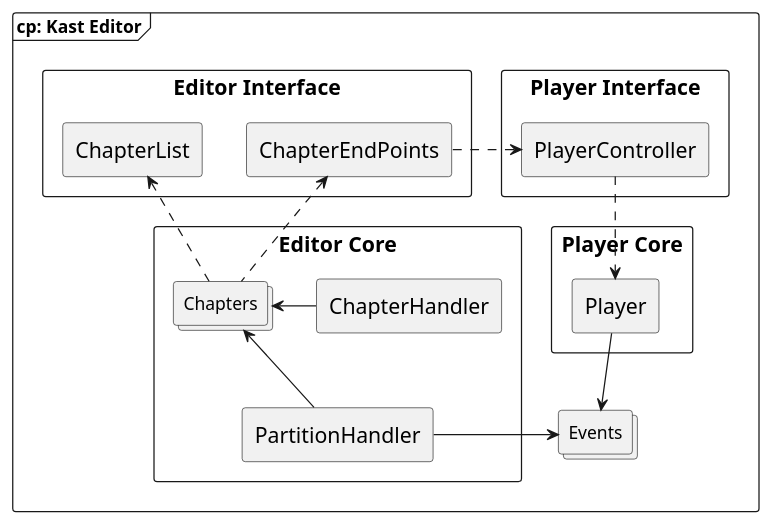
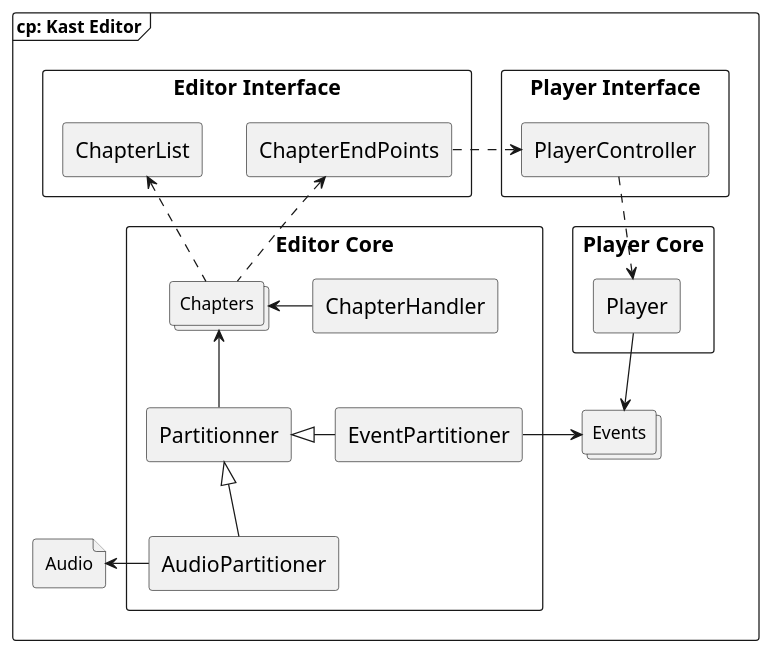
Before and after one commit to SSMM0498/arkad-conception: the diagram in models/6.Component/2.0.kasteditor.puml, drawn with PlantUML. The commit also changed 3 other files, not shown here.

```diff
--- a/models/6.Component/2.0.kasteditor.puml
+++ b/models/6.Component/2.0.kasteditor.puml
@@ -1,40 +1,44 @@
 @startuml "Kast Editor Component Diagram"
 skinparam shadowing false
 skinparam monochrome true
 skinparam componentStyle rectangle
 skinparam component {
   FontSize 17
 }
 
 frame "cp: Kast Editor" {
     component "Player Core" {
         [Player]
     }
 
     component "Player Interface" {
         [PlayerController]
     }
 
     [PlayerController] .down.> [Player]
 
     collections Events
+    file Audio
     [Player] -down-> Events
 
     component "Editor Interface" {
         [ChapterEndPoints]
         [ChapterList]
     }
 
     component "Editor Core" {
         collections Chapters
         [ChapterHandler] -left-> Chapters
-        [PartitionHandler] -up-> Chapters
+        [Partitionner] -up-> Chapters
+        [Partitionner] <|-down- [AudioPartitioner]
+        [Partitionner] <|-right- [EventPartitioner]
     }
     
-    [PartitionHandler] -right-> Events
+    [EventPartitioner] -right-> Events
+    [AudioPartitioner] -right-> Audio
 
     [ChapterEndPoints] .left.> [PlayerController]
     Chapters .up.> [ChapterEndPoints]
     Chapters .up.> [ChapterList]
 }
 @enduml
```
